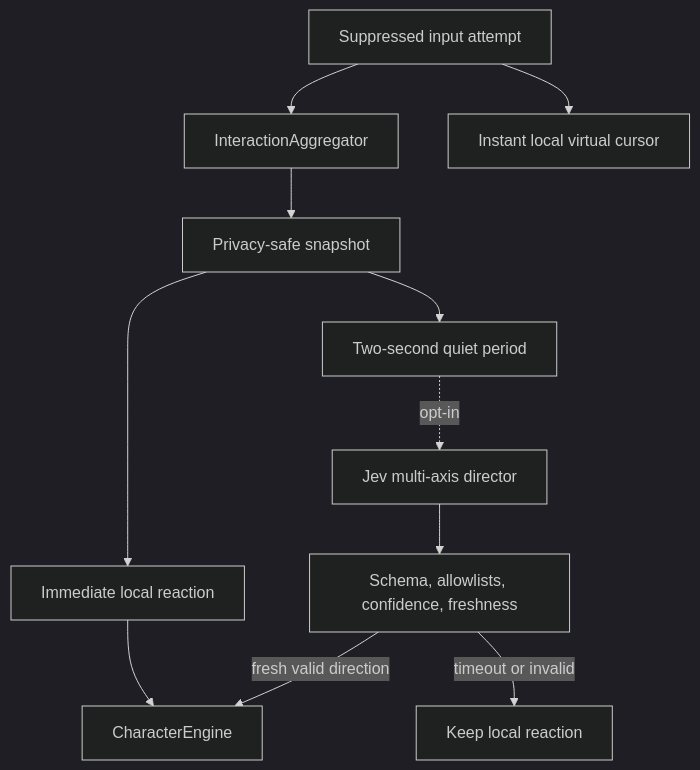
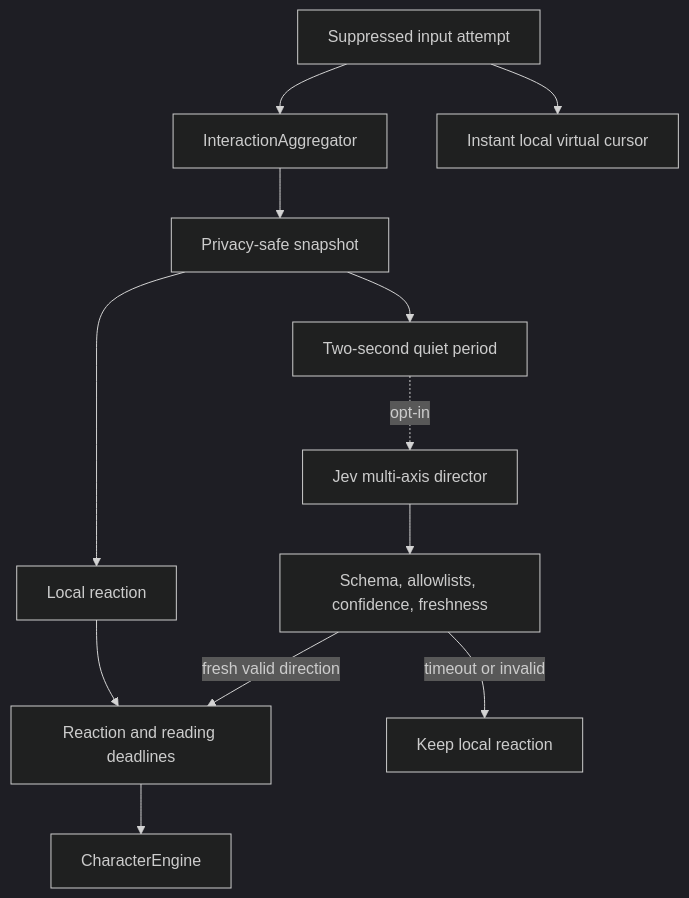
One commit to Captain-Sangam/bonk changed the diagram in docs/reaction-engine.md. Above: the diagram before and after it, drawn with Mermaid (dark theme). The commit also changed other lines of this file and 14 other files, not shown here.

````diff
--- a/docs/reaction-engine.md
+++ b/docs/reaction-engine.md
@@ -7,13 +7,14 @@
 ```mermaid
 flowchart TD
     Event[Suppressed input attempt] --> Aggregate[InteractionAggregator]
     Event --> Cursor[Instant local virtual cursor]
     Aggregate --> Snapshot[Privacy-safe snapshot]
-    Snapshot --> Local[Immediate local reaction]
-    Local --> Character[CharacterEngine]
+    Snapshot --> Local[Local reaction]
+    Local --> Gates[Reaction and reading deadlines]
+    Gates --> Character[CharacterEngine]
     Snapshot --> Debounce[Two-second quiet period]
     Debounce -. opt-in .-> Jev[Jev multi-axis director]
     Jev --> Validate[Schema, allowlists, confidence, freshness]
-    Validate -->|fresh valid direction| Character
+    Validate -->|fresh valid direction| Gates
     Validate -->|timeout or invalid| Keep[Keep local reaction]
 ```
````
